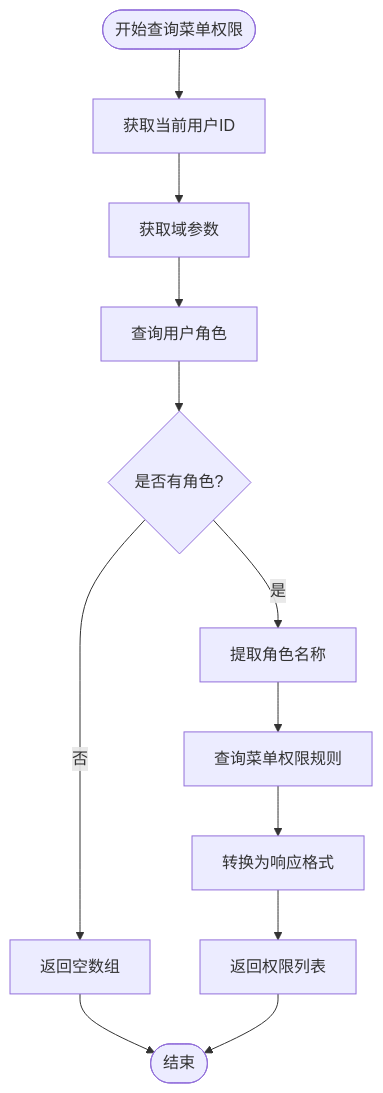
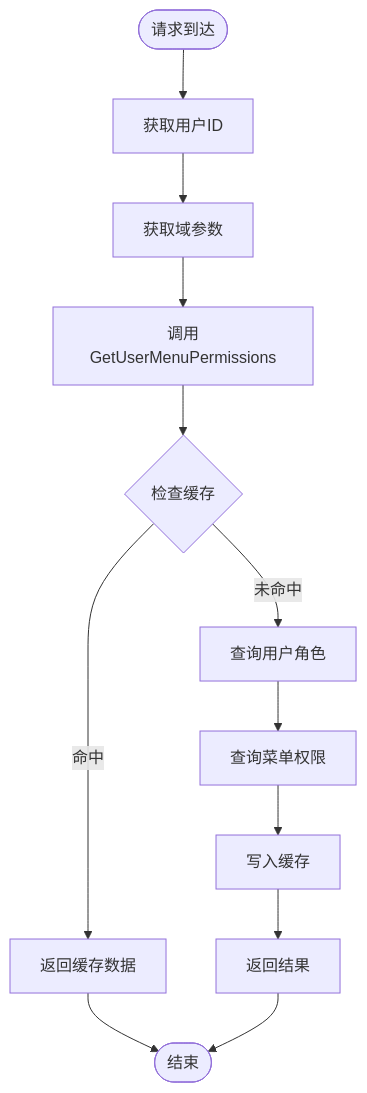
One commit to wuwuseo/e-sports-go-admin changed the fourth of 9 diagrams in .qoder/repowiki/zh/content/API接口文档/用户权限查询接口.md. Above: the diagram before and after it, drawn with Mermaid. The commit also changed other lines of this file and 141 other files, not shown here.

````diff
--- a/.qoder/repowiki/zh/content/API接口文档/用户权限查询接口.md
+++ b/.qoder/repowiki/zh/content/API接口文档/用户权限查询接口.md
@@ -192,14 +187,14 @@
 ```mermaid
 flowchart TD
-Start([开始查询菜单权限]) --> GetUserID[获取当前用户ID]
+Start([请求到达]) --> GetUserID[获取用户ID]
 GetUserID --> GetDomain[获取域参数]
-GetDomain --> GetUserRoles[查询用户角色]
-GetUserRoles --> CheckRoles{是否有角色?}
-CheckRoles --> |否| ReturnEmpty[返回空数组]
-CheckRoles --> |是| GetRoleNames[提取角色名称]
-GetRoleNames --> QueryMenuPerms[查询菜单权限规则]
-QueryMenuPerms --> ConvertResponse[转换为响应格式]
-ConvertResponse --> ReturnResult[返回权限列表]
-ReturnEmpty --> End([结束])
+GetDomain --> CallService[调用GetUserMenuPermissions]
+CallService --> CheckCache{检查缓存}
+CheckCache --> |命中| ReturnCache[返回缓存数据]
+CheckCache --> |未命中| QueryRoles[查询用户角色]
+QueryRoles --> QueryPermissions[查询菜单权限]
+QueryPermissions --> WriteCache[写入缓存]
+WriteCache --> ReturnResult[返回结果]
+ReturnCache --> End([结束])
 ReturnResult --> End
 ```
````
